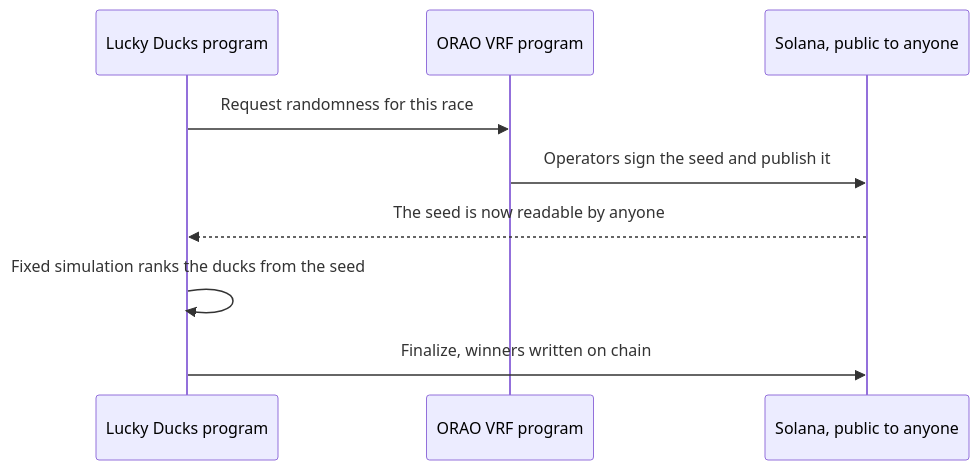
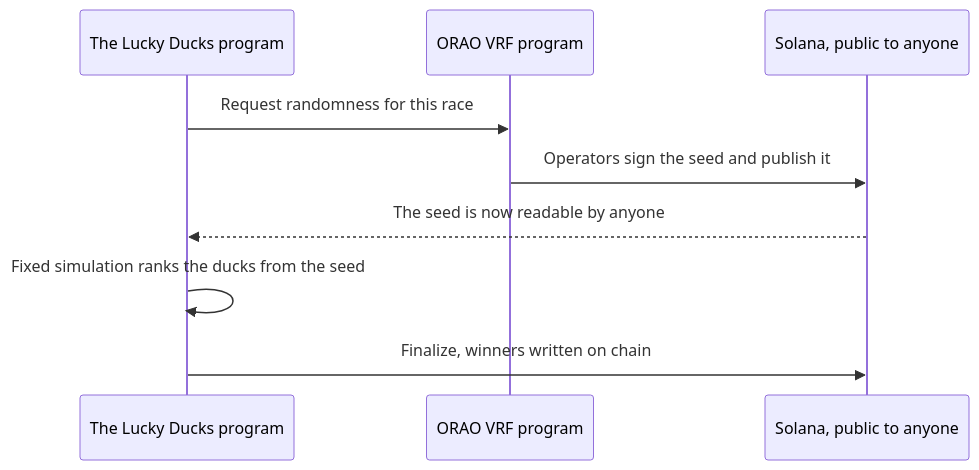
The diagram in docs/trust/fairness.md (TheLuckyDucks/docs), drawn with Mermaid before and after one commit. The commit also changed other lines of this file and 23 other files, not shown here.

````diff
--- a/docs/trust/fairness.md
+++ b/docs/trust/fairness.md
@@ -10,11 +10,11 @@
 ```mermaid
 sequenceDiagram
-    participant LD as Lucky Ducks program
+    participant LD as The Lucky Ducks program
     participant OR as ORAO VRF program
     participant SOL as Solana, public to anyone
     LD->>OR: Request randomness for this race
     OR->>SOL: Operators sign the seed and publish it
     SOL-->>LD: The seed is now readable by anyone
     LD->>LD: Fixed simulation ranks the ducks from the seed
     LD->>SOL: Finalize, winners written on chain
 ```
````
